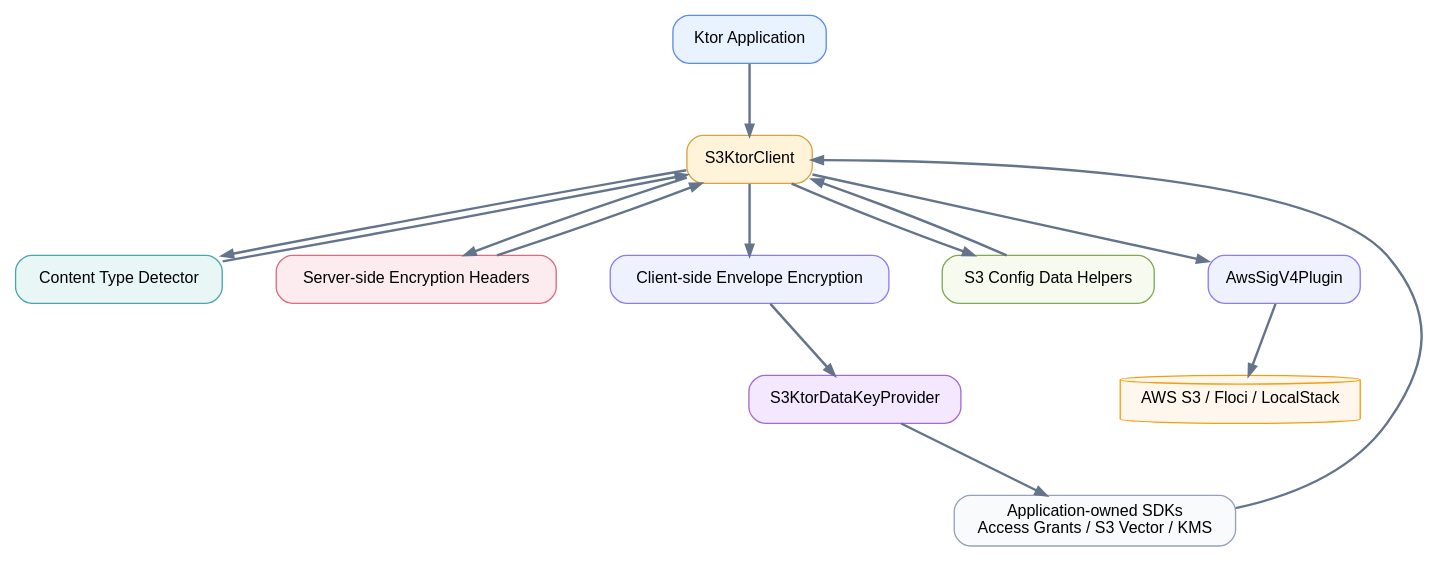
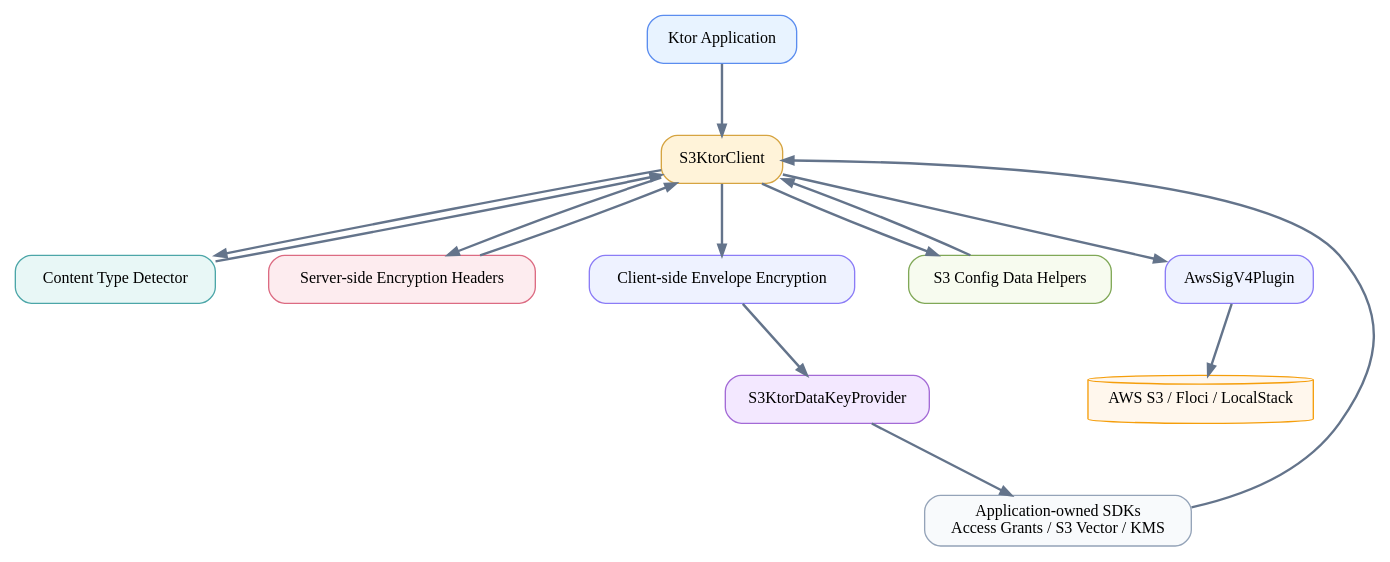
Before and after one commit to bluetape4k/bluetape4k-aws: the diagram in docs/images/readme-diagrams/aws-ktor-s3-advanced-architecture-01.dot, drawn with Graphviz. The commit also changed 388 other files, not shown here.

First line of the commit message:
docs: align AWS module diagrams and Java folder

```diff
--- a/docs/images/readme-diagrams/aws-ktor-s3-advanced-architecture-01.dot
+++ b/docs/images/readme-diagrams/aws-ktor-s3-advanced-architecture-01.dot
@@ -1,30 +1,30 @@
 digraph AwsKtorS3AdvancedArchitecture {
   graph [rankdir=TB, bgcolor="#ffffff", nodesep=0.55, ranksep=0.75]
-  node [shape=box, style="rounded,filled", fontname="Helvetica", fontsize=12, margin="0.14,0.08"]
+  node [shape=box, style="rounded,filled", fontname="Architects Daughter", fontsize=12, margin="0.14,0.08"]
   edge [color="#64748b", penwidth=1.8, arrowsize=0.8]
 
   app [label="Ktor Application", fillcolor="#e8f3ff", color="#5b8def"]
   client [label="S3KtorClient", fillcolor="#fff3d9", color="#d6a441"]
   detector [label="Content Type Detector", fillcolor="#e8f7f6", color="#4ca6a8"]
   sse [label="Server-side Encryption Headers", fillcolor="#fdecef", color="#dc6b82"]
   cse [label="Client-side Envelope Encryption", fillcolor="#eef2ff", color="#8b7cf6"]
   datakey [label="S3KtorDataKeyProvider", fillcolor="#f3e8ff", color="#a36ad6"]
   config [label="S3 Config Data Helpers", fillcolor="#f7fbef", color="#80a857"]
   sigv4 [label="AwsSigV4Plugin", fillcolor="#eef2ff", color="#8b7cf6"]
   s3 [label="AWS S3 / Floci / LocalStack", shape=cylinder, fillcolor="#fff7ed", color="#f59e0b"]
   optional [label="Application-owned SDKs\nAccess Grants / S3 Vector / KMS", fillcolor="#f8fafc", color="#94a3b8"]
 
   app -> client
   client -> detector
   client -> sse
   client -> cse
   cse -> datakey
   client -> config
   client -> sigv4
   sigv4 -> s3
   detector -> client
   sse -> client
   config -> client
   datakey -> optional
   optional -> client
 }
```
